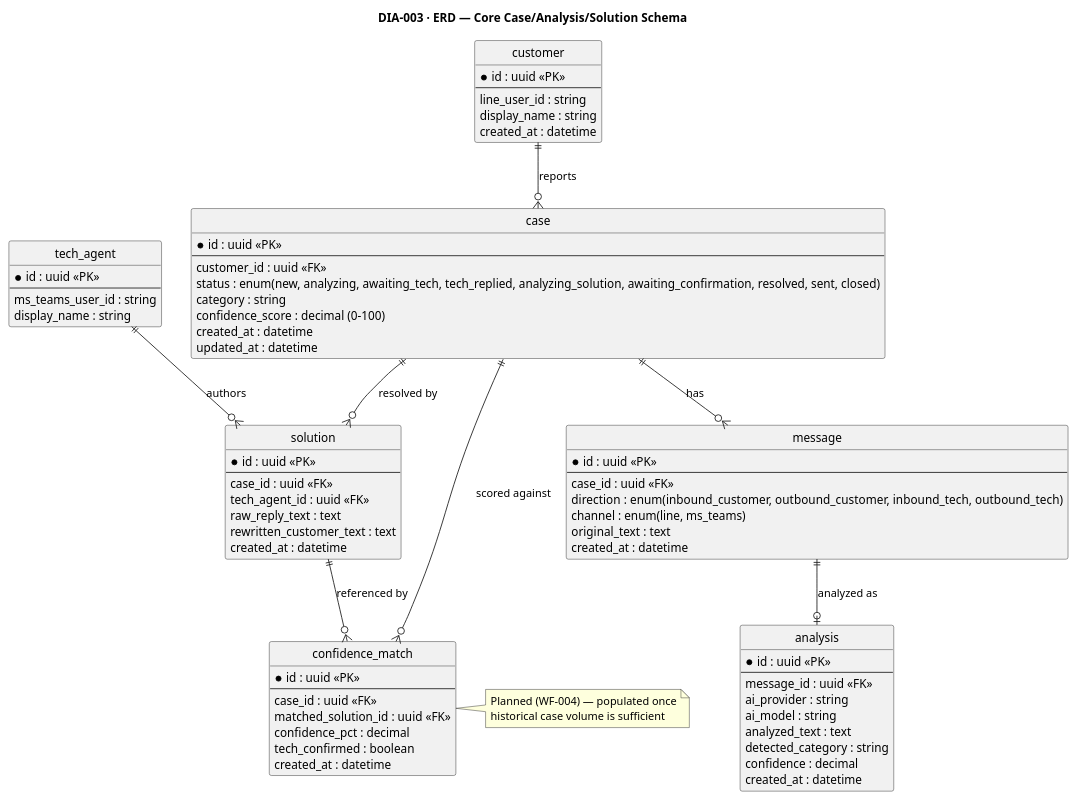
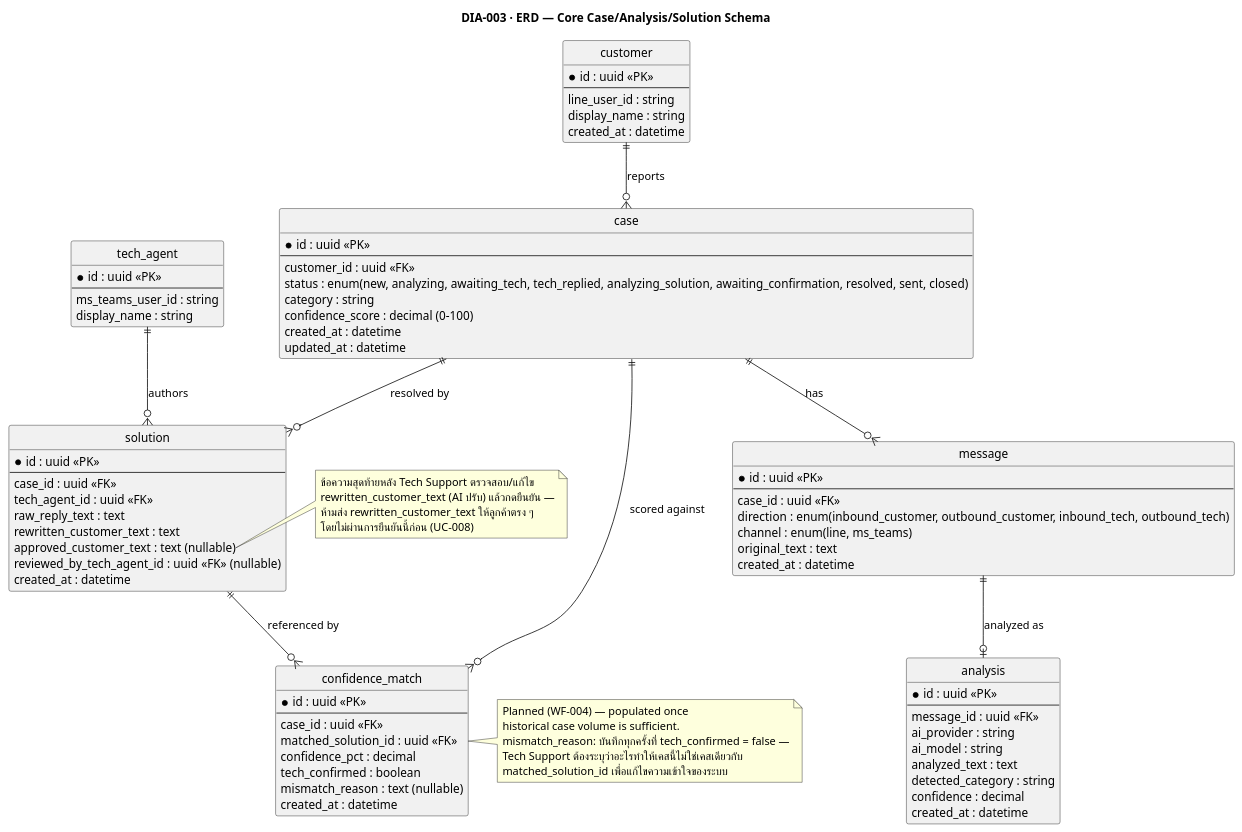
One commit to develyst1/the-off-ml-project-requirement changed the diagram in diagrams/03-erd.puml. Above: the diagram before and after it, drawn with PlantUML. The commit also changed 11 other files, not shown here.

```diff
--- a/diagrams/03-erd.puml
+++ b/diagrams/03-erd.puml
@@ -1,86 +1,98 @@
 @startuml 03-erd
 title DIA-003 · ERD — Core Case/Analysis/Solution Schema
 skinparam shadowing false
 hide circle
 
 entity "customer" as customer {
   * id : uuid <<PK>>
   --
   line_user_id : string
   display_name : string
   created_at : datetime
 }
 
 entity "case" as case_ {
   * id : uuid <<PK>>
   --
   customer_id : uuid <<FK>>
   status : enum(new, analyzing, awaiting_tech, tech_replied, analyzing_solution, awaiting_confirmation, resolved, sent, closed)
   category : string
   confidence_score : decimal (0-100)
   created_at : datetime
   updated_at : datetime
 }
 
 entity "message" as message {
   * id : uuid <<PK>>
   --
   case_id : uuid <<FK>>
   direction : enum(inbound_customer, outbound_customer, inbound_tech, outbound_tech)
   channel : enum(line, ms_teams)
   original_text : text
   created_at : datetime
 }
 
 entity "analysis" as analysis {
   * id : uuid <<PK>>
   --
   message_id : uuid <<FK>>
   ai_provider : string
   ai_model : string
   analyzed_text : text
   detected_category : string
   confidence : decimal
   created_at : datetime
 }
 
 entity "solution" as solution {
   * id : uuid <<PK>>
   --
   case_id : uuid <<FK>>
   tech_agent_id : uuid <<FK>>
   raw_reply_text : text
   rewritten_customer_text : text
+  approved_customer_text : text (nullable)
+  reviewed_by_tech_agent_id : uuid <<FK>> (nullable)
   created_at : datetime
 }
+note right of solution::approved_customer_text
+  ข้อความสุดท้ายหลัง Tech Support ตรวจสอบ/แก้ไข
+  rewritten_customer_text (AI ปรับ) แล้วกดยืนยัน —
+  ห้ามส่ง rewritten_customer_text ให้ลูกค้าตรง ๆ
+  โดยไม่ผ่านการยืนยันนี้ก่อน (UC-008)
+end note
 
 entity "tech_agent" as tech_agent {
   * id : uuid <<PK>>
   --
   ms_teams_user_id : string
   display_name : string
 }
 
 entity "confidence_match" as confidence_match {
   * id : uuid <<PK>>
   --
   case_id : uuid <<FK>>
   matched_solution_id : uuid <<FK>>
   confidence_pct : decimal
   tech_confirmed : boolean
+  mismatch_reason : text (nullable)
   created_at : datetime
 }
 note right of confidence_match
   Planned (WF-004) — populated once
-  historical case volume is sufficient
+  historical case volume is sufficient.
+  mismatch_reason: บันทึกทุกครั้งที่ tech_confirmed = false —
+  Tech Support ต้องระบุว่าอะไรทำให้เคสนี้ไม่ใช่เคสเดียวกับ
+  matched_solution_id เพื่อแก้ไขความเข้าใจของระบบ
 end note
 
 customer ||--o{ case_ : "reports"
 case_ ||--o{ message : "has"
 message ||--o| analysis : "analyzed as"
 case_ ||--o{ solution : "resolved by"
 tech_agent ||--o{ solution : "authors"
 case_ ||--o{ confidence_match : "scored against"
 solution ||--o{ confidence_match : "referenced by"
 
 @enduml
```
